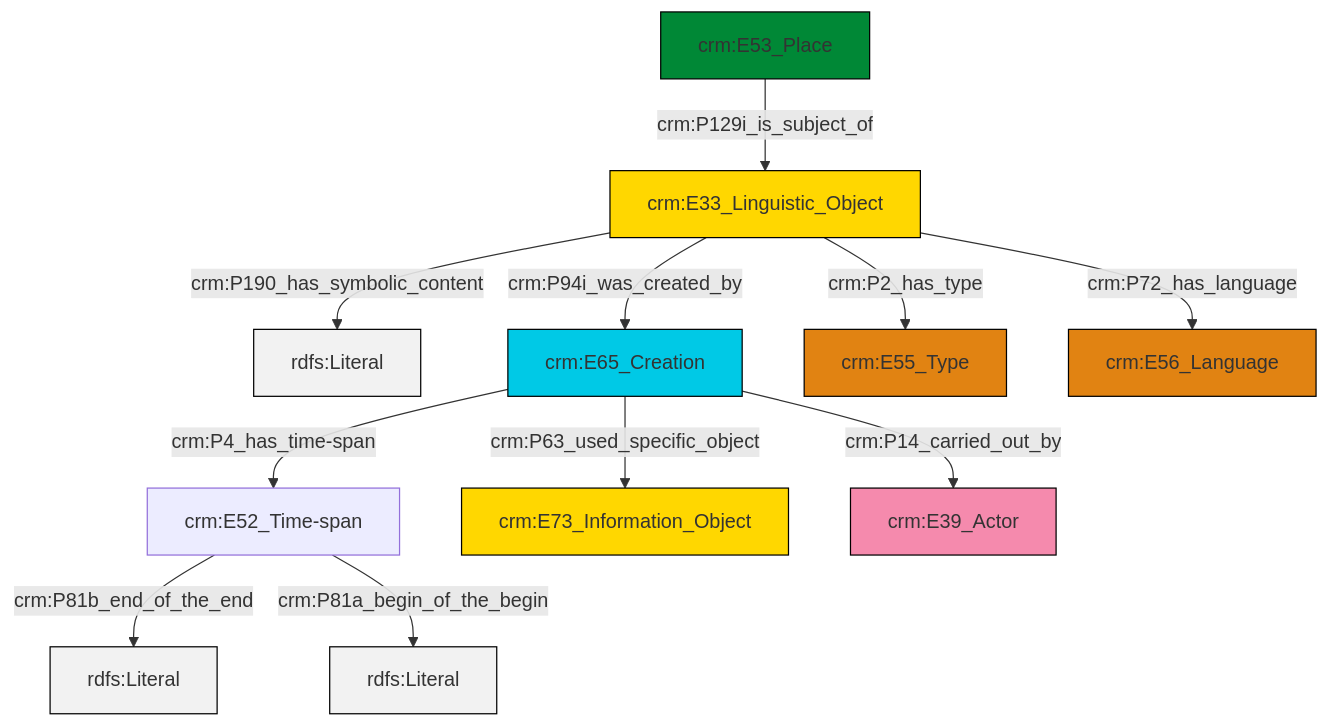
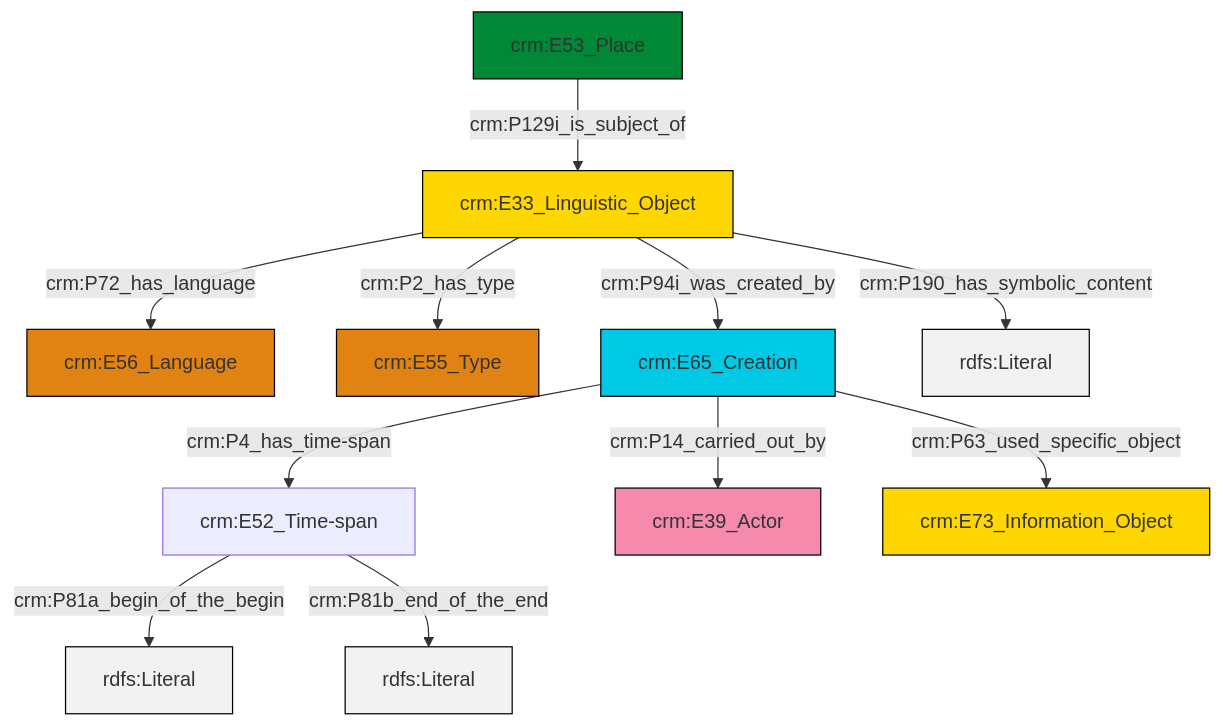
The diagram in et/placeCSV/ttl/mmd/place_description.ttl.mmd (swiss-art-research-net/docs.swissartresearch), drawn with Mermaid before and after one commit. The commit also changed 172 other files, not shown here.

```diff
--- a/et/placeCSV/ttl/mmd/place_description.ttl.mmd
+++ b/et/placeCSV/ttl/mmd/place_description.ttl.mmd
@@ -1,25 +1,25 @@
 graph TD
 classDef Literal fill:#f2f2f2,stroke:#000000;
 classDef CRM_Entity fill:#FFFFFF,stroke:#000000;
 classDef Temporal_Entity fill:#00C9E6, stroke:#000000;
 classDef Type fill:#E18312, stroke:#000000;
 classDef Time-Span fill:#2C9C91, stroke:#000000;
 classDef Appellation fill:#FFEB7F, stroke:#000000;
 classDef Place fill:#008836, stroke:#000000;
 classDef Persistent_Item fill:#B266B2, stroke:#000000;
 classDef Conceptual_Object fill:#FFD700, stroke:#000000;
 classDef Physical_Thing fill:#D2B48C, stroke:#000000;
 classDef Actor fill:#f58aad, stroke:#000000;
 classDef PC_Classes fill:#4ce600, stroke:#000000;
 classDef Multi fill:#cccccc,stroke:#000000;
 
-0["crm:E52_Time-span"]:::Default -->|crm:P81b_end_of_the_end| 1[rdfs:Literal]:::Literal
-0["crm:E52_Time-span"]:::Default -->|crm:P81a_begin_of_the_begin| 2[rdfs:Literal]:::Literal
-3["crm:E33_Linguistic_Object"]:::Conceptual_Object -->|crm:P190_has_symbolic_content| 4[rdfs:Literal]:::Literal
-5["crm:E53_Place"]:::Place -->|crm:P129i_is_subject_of| 3["crm:E33_Linguistic_Object"]:::Conceptual_Object
-6["crm:E65_Creation"]:::Temporal_Entity -->|crm:P4_has_time-span| 0["crm:E52_Time-span"]:::Default
-3["crm:E33_Linguistic_Object"]:::Conceptual_Object -->|crm:P2_has_type| 7["crm:E55_Type"]:::Type
-3["crm:E33_Linguistic_Object"]:::Conceptual_Object -->|crm:P94i_was_created_by| 6["crm:E65_Creation"]:::Temporal_Entity
-3["crm:E33_Linguistic_Object"]:::Conceptual_Object -->|crm:P72_has_language| 14["crm:E56_Language"]:::Type
-6["crm:E65_Creation"]:::Temporal_Entity -->|crm:P14_carried_out_by| 15["crm:E39_Actor"]:::Actor
-6["crm:E65_Creation"]:::Temporal_Entity -->|crm:P63_used_specific_object| 12["crm:E73_Information_Object"]:::Conceptual_Object
+2["crm:E33_Linguistic_Object"]:::Conceptual_Object -->|crm:P72_has_language| 3["crm:E56_Language"]:::Type
+2["crm:E33_Linguistic_Object"]:::Conceptual_Object -->|crm:P2_has_type| 4["crm:E55_Type"]:::Type
+5["crm:E65_Creation"]:::Temporal_Entity -->|crm:P14_carried_out_by| 6["crm:E39_Actor"]:::Actor
+0["crm:E52_Time-span"]:::Default -->|crm:P81a_begin_of_the_begin| 7[rdfs:Literal]:::Literal
+9["crm:E53_Place"]:::Place -->|crm:P129i_is_subject_of| 2["crm:E33_Linguistic_Object"]:::Conceptual_Object
+0["crm:E52_Time-span"]:::Default -->|crm:P81b_end_of_the_end| 13[rdfs:Literal]:::Literal
+5["crm:E65_Creation"]:::Temporal_Entity -->|crm:P63_used_specific_object| 11["crm:E73_Information_Object"]:::Conceptual_Object
+2["crm:E33_Linguistic_Object"]:::Conceptual_Object -->|crm:P190_has_symbolic_content| 16[rdfs:Literal]:::Literal
+5["crm:E65_Creation"]:::Temporal_Entity -->|crm:P4_has_time-span| 0["crm:E52_Time-span"]:::Default
+2["crm:E33_Linguistic_Object"]:::Conceptual_Object -->|crm:P94i_was_created_by| 5["crm:E65_Creation"]:::Temporal_Entity
```
